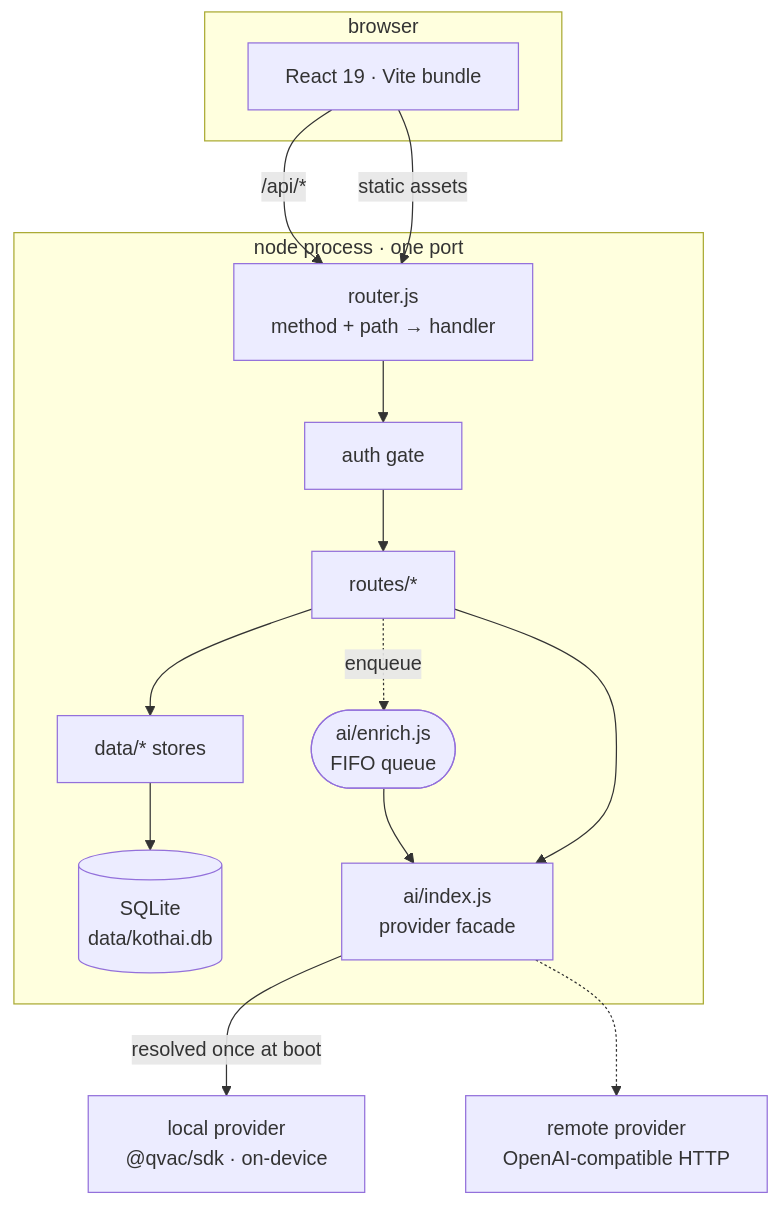
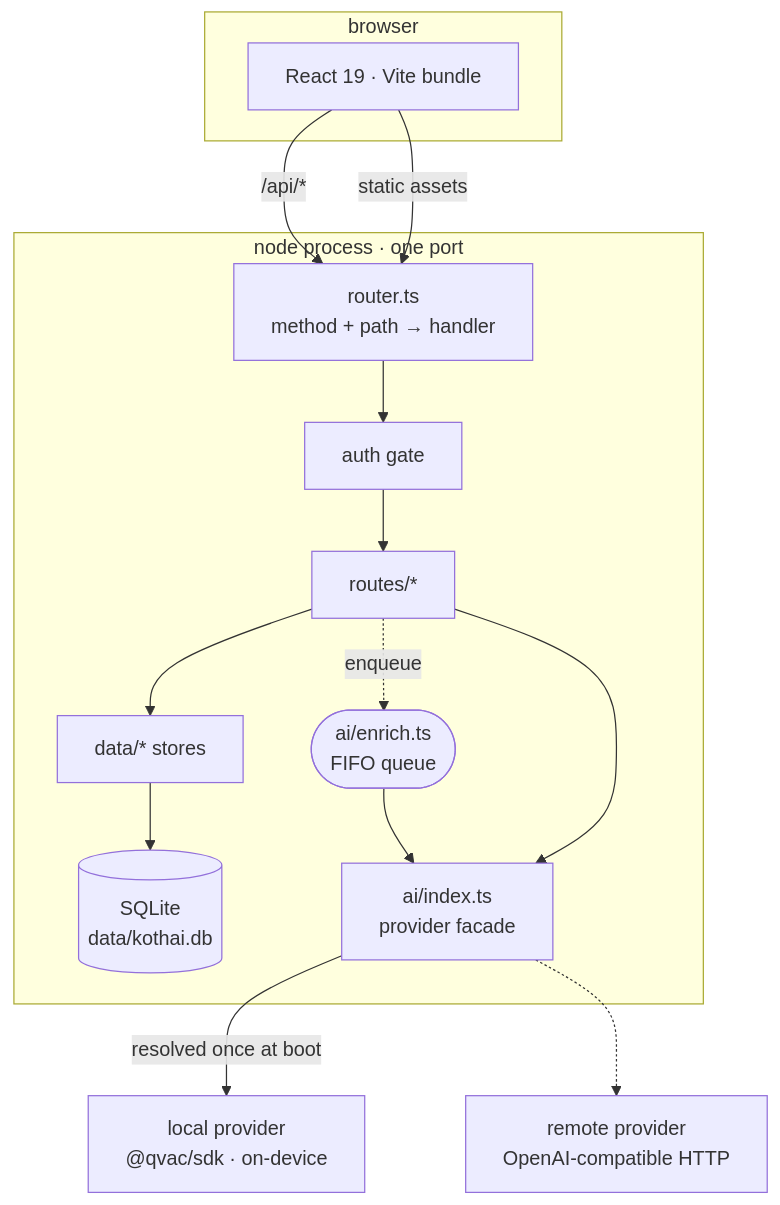
The first of 3 diagrams in docs/architecture.md (IbrahimTareq/kothai), drawn with Mermaid before and after one commit. The commit also changed other lines of this file and 66 other files, not shown here.

````diff
--- a/docs/architecture.md
+++ b/docs/architecture.md
@@ -20,29 +20,29 @@
 ```mermaid
 flowchart TB
   subgraph browser["browser"]
     UI["React 19 · Vite bundle"]
   end
 
   subgraph node["node process · one port"]
-    RT["router.js<br/>method + path → handler"]
+    RT["router.ts<br/>method + path → handler"]
     AG["auth gate"]
     RO["routes/*"]
     ST["data/* stores"]
     DB[("SQLite<br/>data/kothai.db")]
-    EQ(["ai/enrich.js<br/>FIFO queue"])
-    FA["ai/index.js<br/>provider facade"]
+    EQ(["ai/enrich.ts<br/>FIFO queue"])
+    FA["ai/index.ts<br/>provider facade"]
   end
 
   LP["local provider<br/>@qvac/sdk · on-device"]
   RP["remote provider<br/>OpenAI-compatible HTTP"]
 
   UI -->|"/api/*"| RT
   RT --> AG --> RO
   RO --> ST --> DB
   RO -.->|"enqueue"| EQ
   EQ --> FA
   RO --> FA
   FA -->|"resolved once at boot"| LP
   FA -.-> RP
   UI -->|"static assets"| RT
 ```
````
